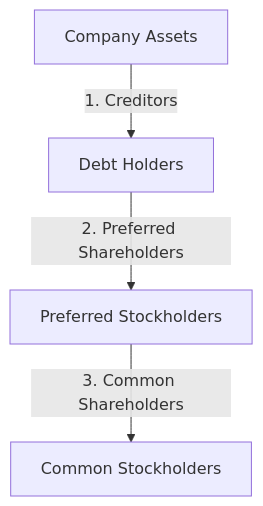
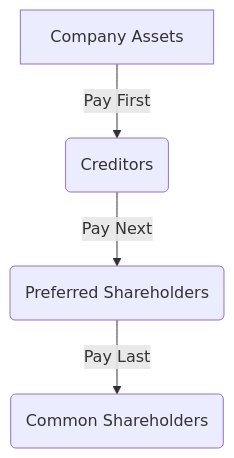
The diagram in content/17/3/1/1/index.md (MasteryEducation/SecuritiesExamsMastery.com), drawn with Mermaid before and after one commit. The commit also changed other lines of this file and 222 other files, not shown here.

````diff
--- a/content/17/3/1/1/index.md
+++ b/content/17/3/1/1/index.md
@@ -119,6 +85,6 @@
 ```mermaid
-graph TD;
-    A[Company Assets] -->|1. Creditors| B[Debt Holders]
-    B -->|2. Preferred Shareholders| C[Preferred Stockholders]
-    C -->|3. Common Shareholders| D[Common Stockholders]
+graph TB
+  A[Company Assets] -->|Pay First| B(Creditors)
+  B -->|Pay Next| C(Preferred Shareholders)
+  C -->|Pay Last| D(Common Shareholders)
 ```
````
